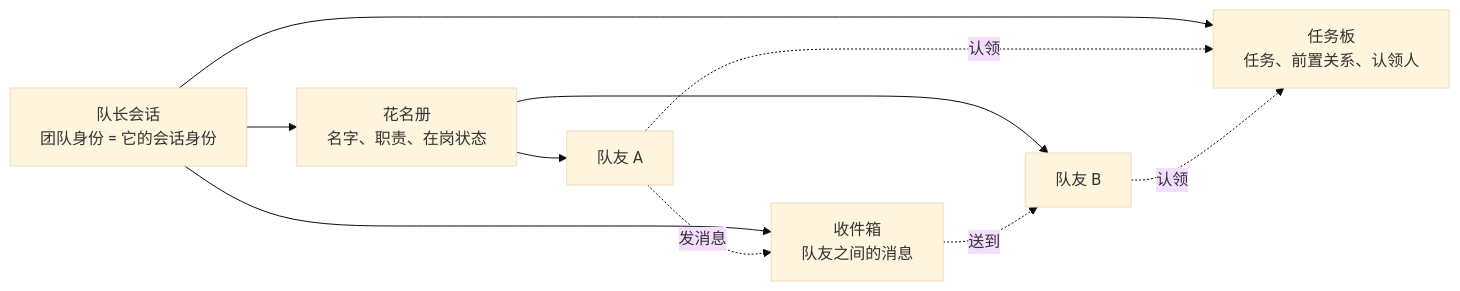
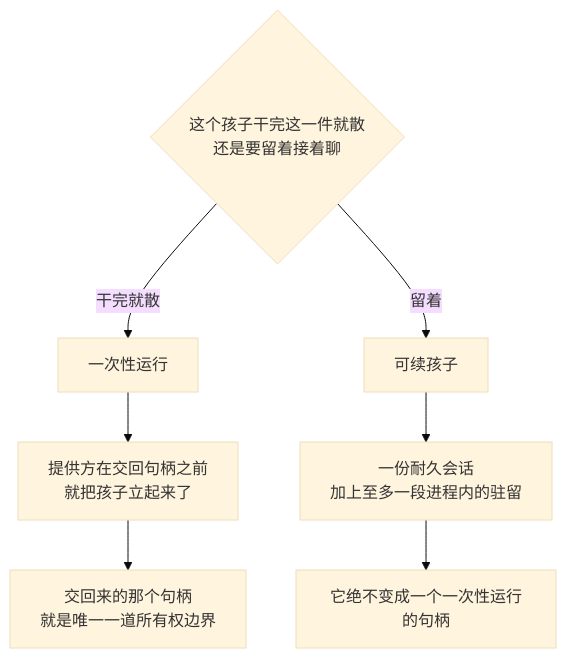
Before and after one commit to snight1983/ds-harness-go: the seventh of 56 diagrams in docs/modules/subagent.md, drawn with Mermaid (base theme). The commit also changed other lines of this file and 43 other files, not shown here.

Commit message:
docs: 图解架构与模块设计

````diff
--- a/docs/modules/subagent.md
+++ b/docs/modules/subagent.md
@@ -92,13 +88,10 @@
 ```mermaid
-flowchart LR
-    L["队长会话<br/>团队身份 = 它的会话身份"]
-    L --> R["花名册<br/>名字、职责、在岗状态"]
-    L --> B["任务板<br/>任务、前置关系、认领人"]
-    L --> M["收件箱<br/>队友之间的消息"]
-    R --> T1["队友 A"]
-    R --> T2["队友 B"]
-    T1 -.认领.-> B
-    T2 -.认领.-> B
-    T1 -.发消息.-> M
-    M -.送到.-> T2
+flowchart TD
+    K{"这个孩子干完这一件就散<br/>还是要留着接着聊"}
+    K -->|"干完就散"| ONCE["一次性运行"]
+    K -->|"留着"| CONT["可续孩子"]
+    ONCE --> ONCE1["提供方在交回句柄之前<br/>就把孩子立起来了"]
+    ONCE1 --> ONCE2["交回来的那个句柄<br/>就是唯一一道所有权边界"]
+    CONT --> CONT1["一份耐久会话<br/>加上至多一段进程内的驻留"]
+    CONT1 --> CONT2["它绝不变成一个一次性运行的句柄"]
 ```
````
